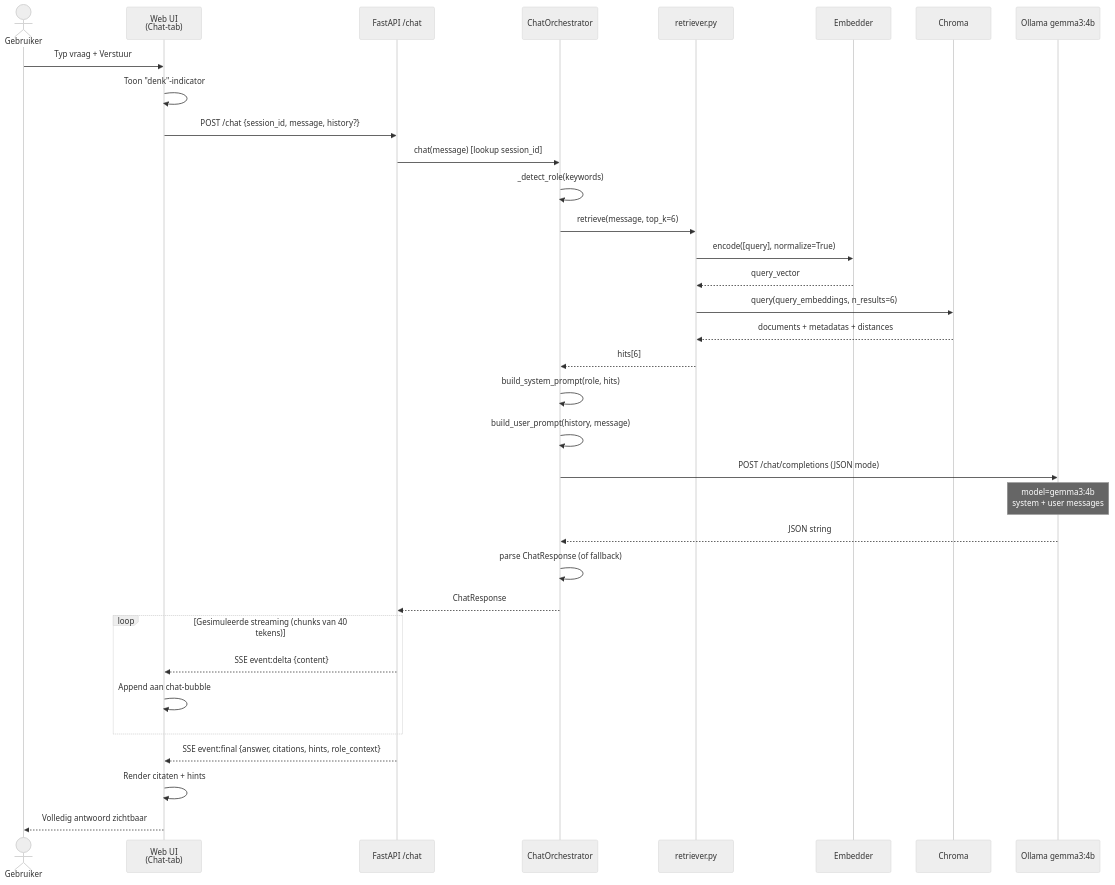
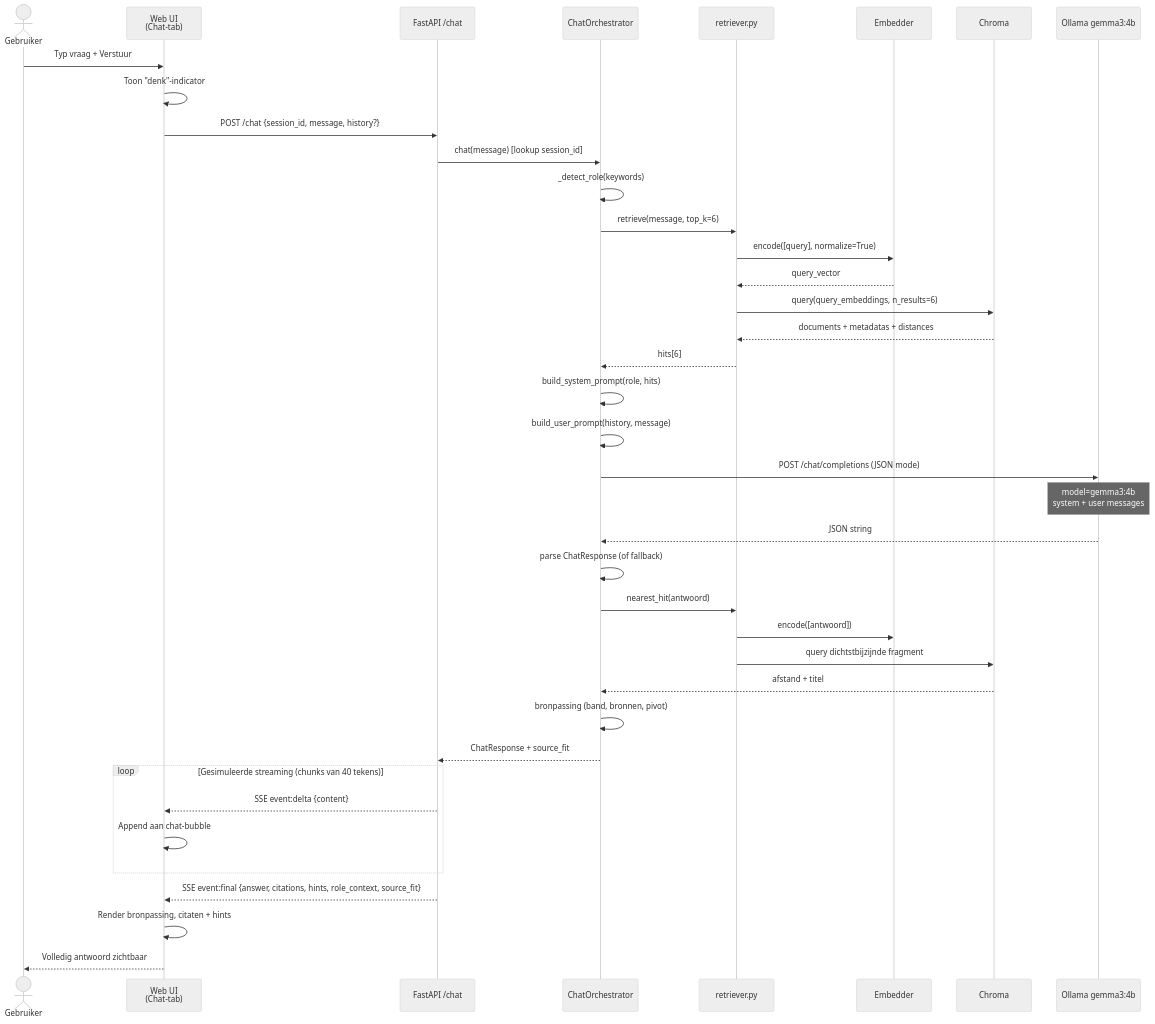
The sixth of 7 diagrams in context-space/projections/technisch-design/technisch-design.md (HobbyEd/jarvisje), drawn with Mermaid (neutral theme) before and after one commit. The commit also changed other lines of this file and 17 other files, not shown here.

First line of the commit message:
Toon bronpassing naast het antwoord (v1.1.6)

````diff
--- a/context-space/projections/technisch-design/technisch-design.md
+++ b/context-space/projections/technisch-design/technisch-design.md
@@ -648,43 +657,48 @@
 ```mermaid
 sequenceDiagram
     actor Gebruiker
     participant UI as Web UI<br/>(Chat-tab)
     participant API as FastAPI /chat
     participant Orch as ChatOrchestrator
     participant Ret as retriever.py
     participant Emb as Embedder
     participant Chroma as Chroma
     participant LLM as Ollama gemma3:4b
 
     Gebruiker->>UI: Typ vraag + Verstuur
     UI->>UI: Toon "denk"-indicator
     UI->>API: POST /chat {session_id, message, history?}
 
     API->>Orch: chat(message) [lookup session_id]
 
     Orch->>Orch: _detect_role(keywords)
     Orch->>Ret: retrieve(message, top_k=6)
     Ret->>Emb: encode([query], normalize=True)
     Emb-->>Ret: query_vector
     Ret->>Chroma: query(query_embeddings, n_results=6)
     Chroma-->>Ret: documents + metadatas + distances
     Ret-->>Orch: hits[6]
 
     Orch->>Orch: build_system_prompt(role, hits)
     Orch->>Orch: build_user_prompt(history, message)
     Orch->>LLM: POST /chat/completions (JSON mode)
     Note over LLM: model=gemma3:4b<br/>system + user messages
     LLM-->>Orch: JSON string
 
     Orch->>Orch: parse ChatResponse (of fallback)
-    Orch-->>API: ChatResponse
+    Orch->>Ret: nearest_hit(antwoord)
+    Ret->>Emb: encode([antwoord])
+    Ret->>Chroma: query dichtstbijzijnde fragment
+    Chroma-->>Orch: afstand + titel
+    Orch->>Orch: bronpassing (band, bronnen, pivot)
+    Orch-->>API: ChatResponse + source_fit
 
     loop Gesimuleerde streaming (chunks van 40 tekens)
         API-->>UI: SSE event:delta {content}
         UI->>UI: Append aan chat-bubble
     end
 
-    API-->>UI: SSE event:final {answer, citations, hints, role_context}
-    UI->>UI: Render citaten + hints
+    API-->>UI: SSE event:final {answer, citations, hints, role_context, source_fit}
+    UI->>UI: Render bronpassing, citaten + hints
     UI-->>Gebruiker: Volledig antwoord zichtbaar
 ```
````
